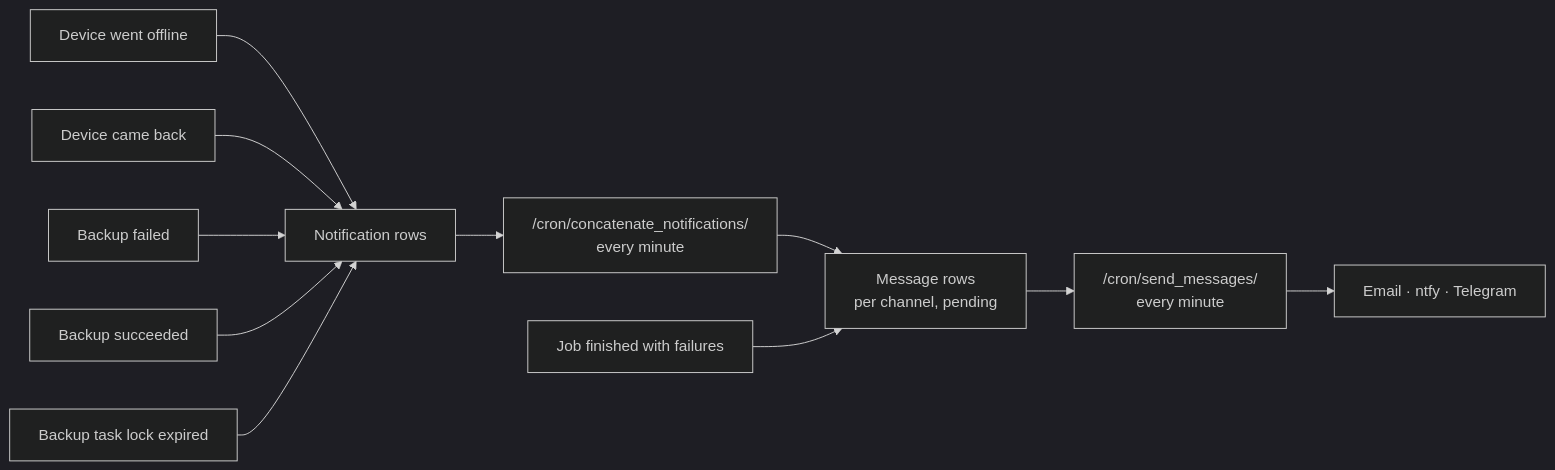
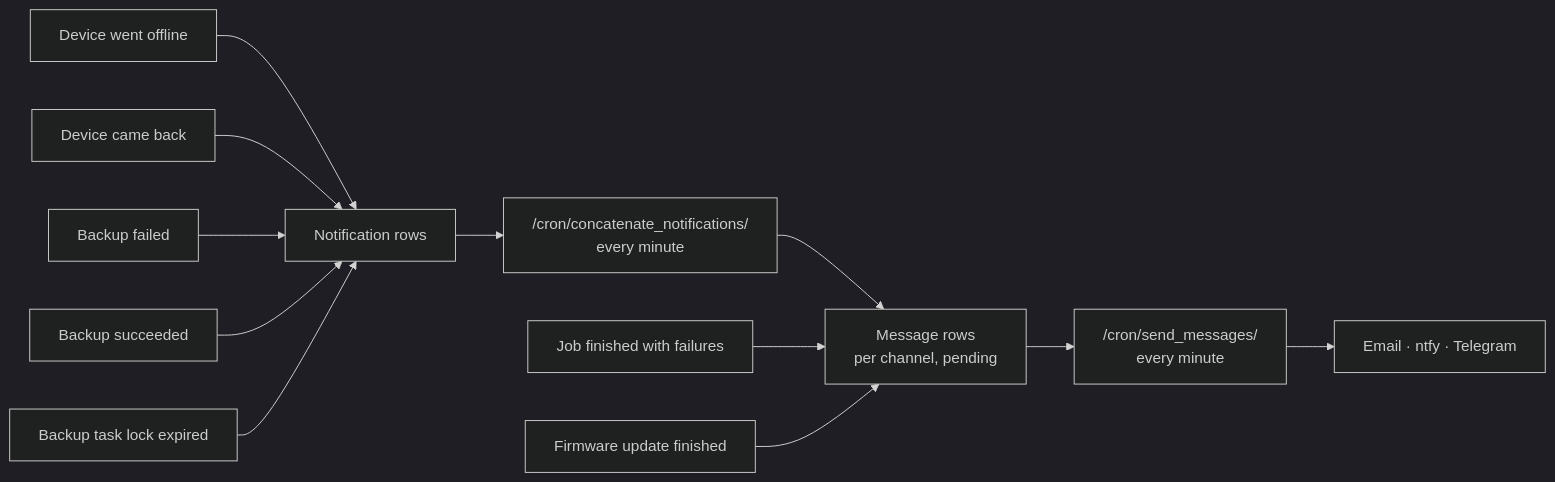
One commit to alessiobravi/routerfleet_improved changed the first of 2 diagrams in docs/notifications.md. Above: the diagram before and after it, drawn with Mermaid (dark theme). The commit also changed other lines of this file and 36 other files, not shown here.

Commit message:
0.27.0: rollout timeline with reachability; firmware notification; RouterBOOT as its own process; procedures for OpenWrt, Junos, IOS-XE, airOS; red lock icons

````diff
--- a/docs/notifications.md
+++ b/docs/notifications.md
@@ -6,17 +6,18 @@
 ```mermaid
 flowchart LR
     ev1["Device went offline"]
     ev2["Device came back"]
     ev3["Backup failed"]
     ev5["Backup succeeded"]
     ev6["Job finished with failures"]
+    ev7["Firmware update finished"]
     ev4["Backup task lock expired"]
     note["Notification rows"]
     conc["/cron/concatenate_notifications/<br/>every minute"]
     msg["Message rows<br/>per channel, pending"]
     send["/cron/send_messages/<br/>every minute"]
     out["Email · ntfy · Telegram"]
 
     ev1 & ev2 & ev3 & ev5 & ev4 --> note --> conc --> msg --> send --> out
-    ev6 --> msg
+    ev6 & ev7 --> msg
 ```
````
